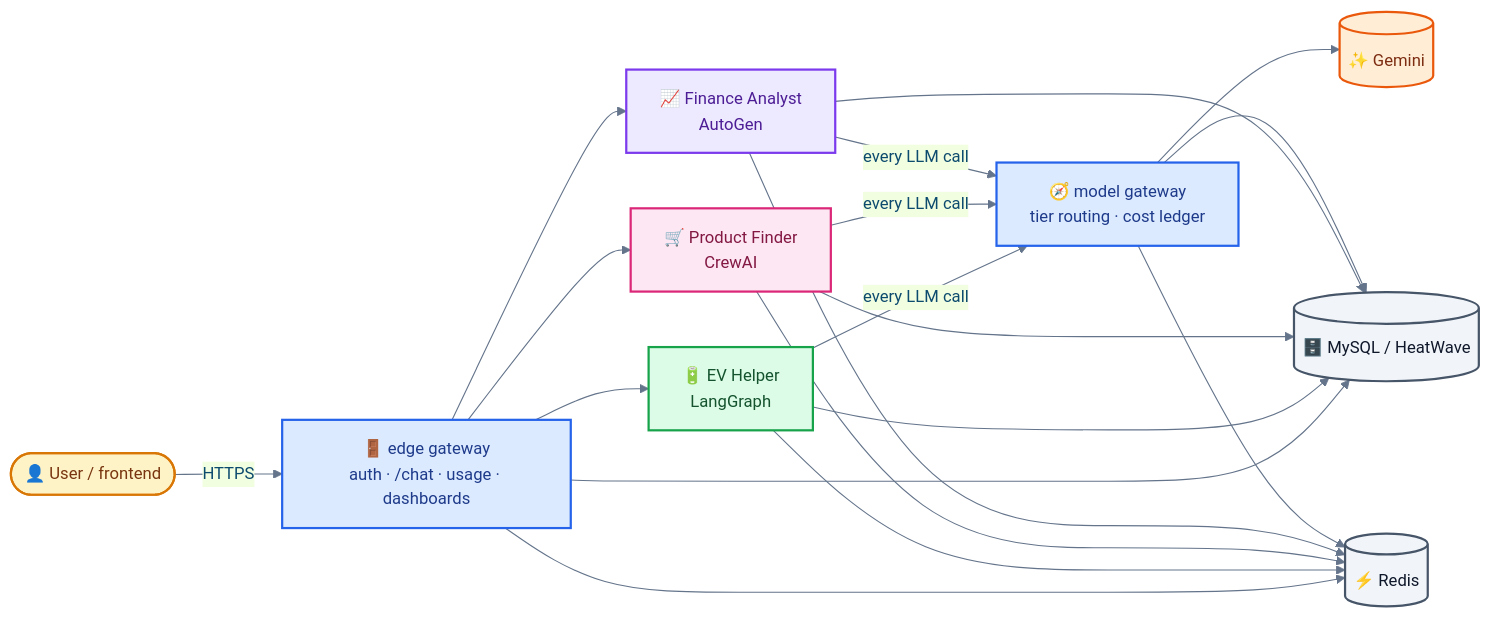
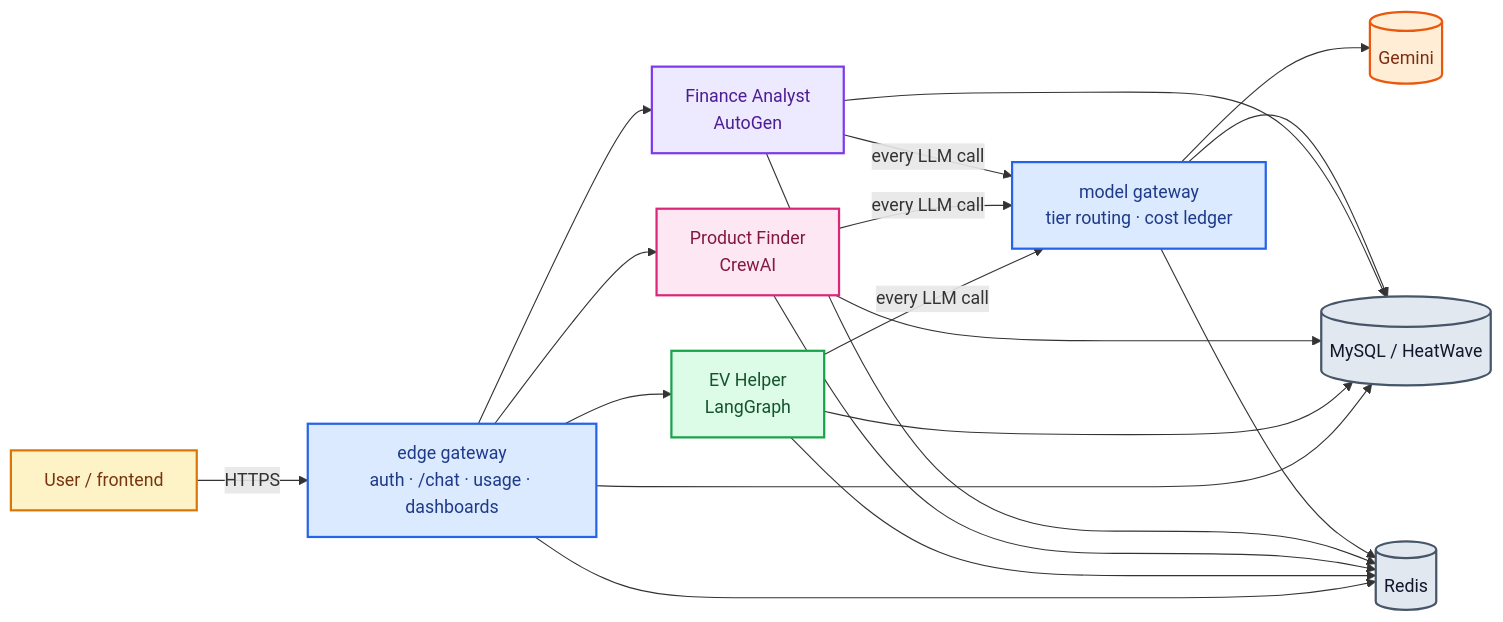
The diagram in docs/index.md (Everesto-Inc/agency-backend), drawn with Mermaid before and after one commit. The commit also changed other lines of this file and 1 other file, not shown here.

Commit message:
docs: original diagram layouts back, colour only (role colours; translucent phase bands readable in dark mode)

````diff
--- a/docs/index.md
+++ b/docs/index.md
@@ -17,26 +17,25 @@
 ```mermaid
-%%{init: {'theme': 'base', 'themeVariables': {'fontSize': '15px', 'lineColor': '#64748b', 'primaryColor': '#e0f2fe', 'primaryBorderColor': '#0284c7', 'primaryTextColor': '#0c4a6e'}}}%%
 flowchart LR
-  U([👤 User / frontend]) -->|HTTPS| E[🚪 edge gateway<br/>auth · /chat · usage · dashboards]
-  E --> EV[🔋 EV Helper<br/>LangGraph]
-  E --> PF[🛒 Product Finder<br/>CrewAI]
-  E --> FI[📈 Finance Analyst<br/>AutoGen]
-  EV & PF & FI -->|every LLM call| G[🧭 model gateway<br/>tier routing · cost ledger]
-  G --> GEM[(✨ Gemini)]
-  E & EV & PF & FI & G --> DB[(🗄️ MySQL / HeatWave)]
-  E & EV & PF & FI & G --> R[(⚡ Redis)]
+  U[User / frontend] -->|HTTPS| E[edge gateway<br/>auth · /chat · usage · dashboards]
+  E --> EV[EV Helper<br/>LangGraph]
+  E --> PF[Product Finder<br/>CrewAI]
+  E --> FI[Finance Analyst<br/>AutoGen]
+  EV & PF & FI -->|every LLM call| G[model gateway<br/>tier routing · cost ledger]
+  G --> GEM[(Gemini)]
+  E & EV & PF & FI & G --> DB[(MySQL / HeatWave)]
+  E & EV & PF & FI & G --> R[(Redis)]
   classDef user fill:#fef3c7,stroke:#d97706,color:#78350f,stroke-width:2px
   classDef gateway fill:#dbeafe,stroke:#2563eb,color:#1e3a8a,stroke-width:2px
   classDef ev fill:#dcfce7,stroke:#16a34a,color:#14532d,stroke-width:2px
   classDef pf fill:#fce7f3,stroke:#db2777,color:#831843,stroke-width:2px
   classDef fin fill:#ede9fe,stroke:#7c3aed,color:#4c1d95,stroke-width:2px
   classDef llm fill:#ffedd5,stroke:#ea580c,color:#7c2d12,stroke-width:2px
-  classDef store fill:#f1f5f9,stroke:#475569,color:#0f172a,stroke-width:2px
+  classDef store fill:#e2e8f0,stroke:#475569,color:#0f172a,stroke-width:2px
   class U user
   class E,G gateway
   class EV ev
   class PF pf
   class FI fin
   class GEM llm
   class DB,R store
 ```
````
